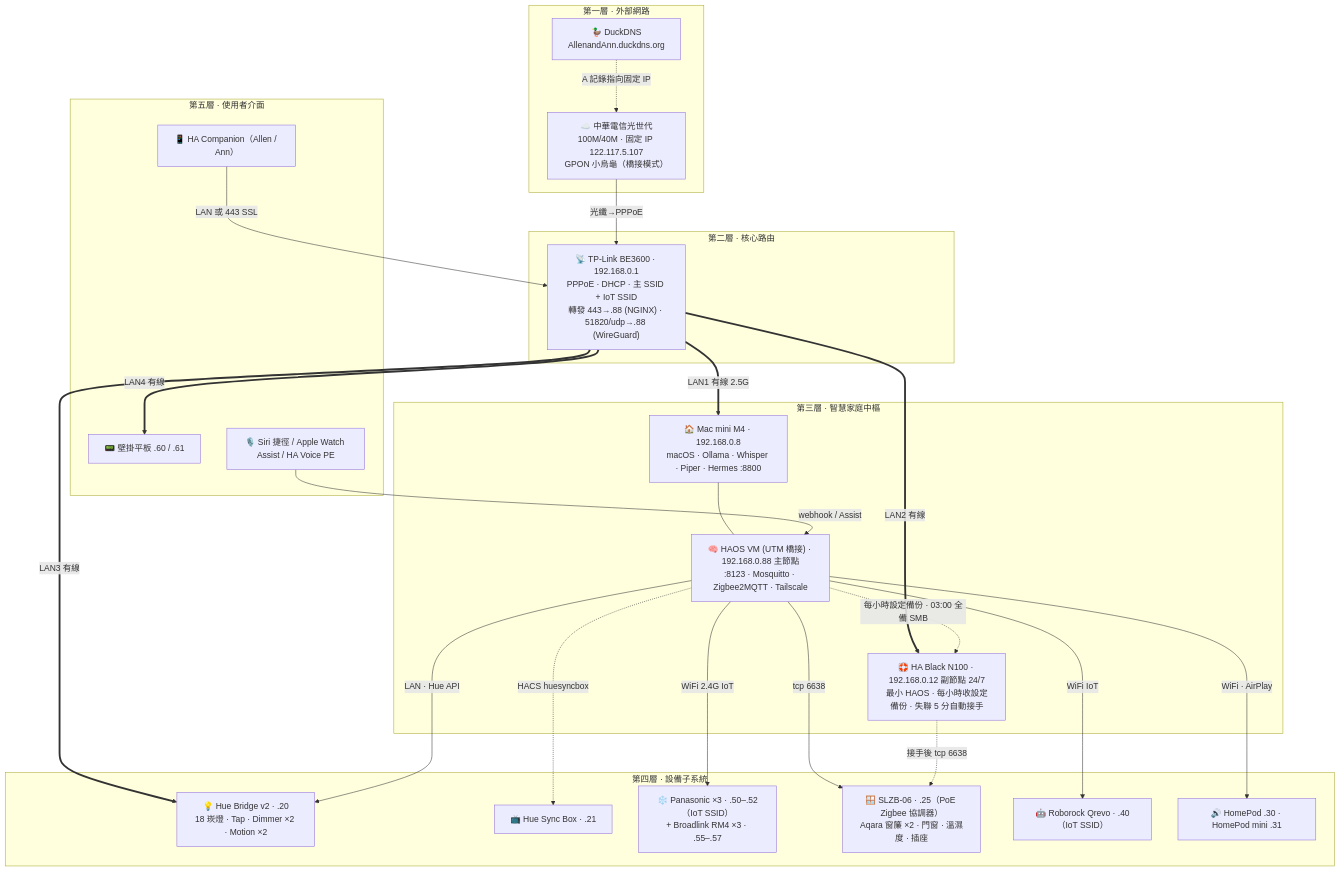
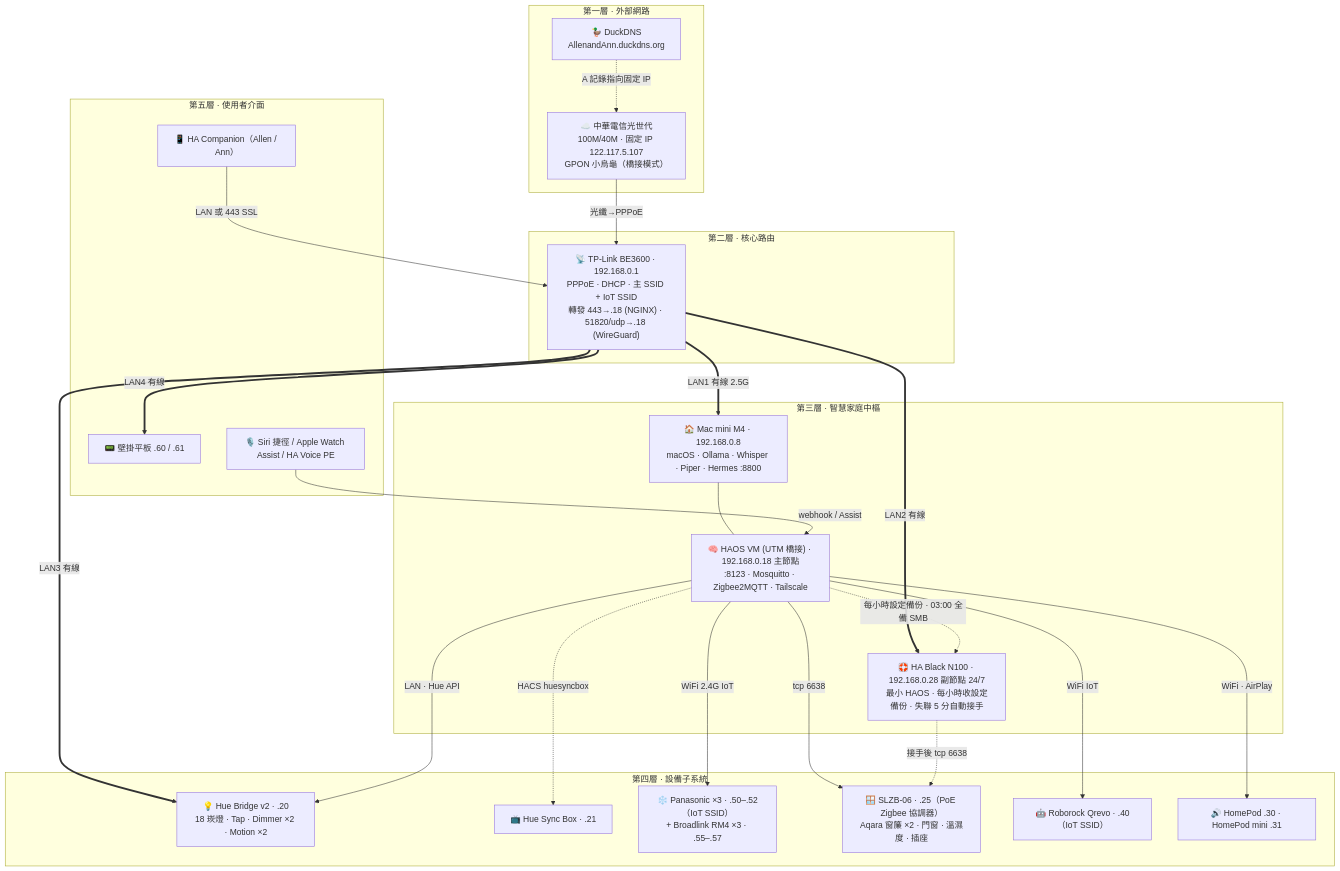
Before and after one commit to allenchen1113official/smarthome: the diagram in docs/SOP/assets/topology.mmd, drawn with Mermaid. The commit also changed 37 other files, not shown here.

First line of the commit message:
v1.6.3：IP 再對實機 — HAOS 主節點 .18、HA Black .28、VIP .88；DHCP 池回 .100–.199；手冊/packages/Hermes/青鳥/LB/拓樸圖/試算表/設計文件同步

```diff
--- a/docs/SOP/assets/topology.mmd
+++ b/docs/SOP/assets/topology.mmd
@@ -1,43 +1,43 @@
 flowchart TB
   subgraph L1["第一層 · 外部網路"]
     CHT["☁️ 中華電信光世代<br/>100M/40M · 固定 IP 122.117.5.107<br/>GPON 小烏龜（橋接模式）"]
     DDNS["🦆 DuckDNS<br/>AllenandAnn.duckdns.org"]
   end
   subgraph L2["第二層 · 核心路由"]
-    RT["📡 TP-Link BE3600 · 192.168.0.1<br/>PPPoE · DHCP · 主 SSID + IoT SSID<br/>轉發 443→.88 (NGINX) · 51820/udp→.88 (WireGuard)"]
+    RT["📡 TP-Link BE3600 · 192.168.0.1<br/>PPPoE · DHCP · 主 SSID + IoT SSID<br/>轉發 443→.18 (NGINX) · 51820/udp→.18 (WireGuard)"]
   end
   subgraph L3["第三層 · 智慧家庭中樞"]
     MAC["🏠 Mac mini M4 · 192.168.0.8<br/>macOS · Ollama · Whisper · Piper · Hermes :8800"]
-    HAOS["🧠 HAOS VM (UTM 橋接) · 192.168.0.88 主節點<br/>:8123 · Mosquitto · Zigbee2MQTT · Tailscale"]
-    BK["🛟 HA Black N100 · 192.168.0.12 副節點 24/7<br/>最小 HAOS · 每小時收設定備份 · 失聯 5 分自動接手"]
+    HAOS["🧠 HAOS VM (UTM 橋接) · 192.168.0.18 主節點<br/>:8123 · Mosquitto · Zigbee2MQTT · Tailscale"]
+    BK["🛟 HA Black N100 · 192.168.0.28 副節點 24/7<br/>最小 HAOS · 每小時收設定備份 · 失聯 5 分自動接手"]
     MAC --- HAOS
   end
   subgraph L4["第四層 · 設備子系統"]
     HUE["💡 Hue Bridge v2 · .20<br/>18 崁燈 · Tap · Dimmer ×2 · Motion ×2"]
     SYNC["📺 Hue Sync Box · .21"]
     AC["❄️ Panasonic ×3 · .50–.52（IoT SSID）<br/>+ Broadlink RM4 ×3 · .55–.57"]
     ZB["🪟 SLZB-06 · .25（PoE Zigbee 協調器）<br/>Aqara 窗簾 ×2 · 門窗 · 溫濕度 · 插座"]
     ROBO["🤖 Roborock Qrevo · .40（IoT SSID）"]
     HP["🔊 HomePod .30 · HomePod mini .31"]
   end
   subgraph L5["第五層 · 使用者介面"]
     APP["📱 HA Companion（Allen / Ann）"]
     TAB["📟 壁掛平板 .60 / .61"]
     VOICE["🎙️ Siri 捷徑 / Apple Watch Assist / HA Voice PE"]
   end
   CHT -->|光纖→PPPoE| RT
   DDNS -.->|A 記錄指向固定 IP| CHT
   RT ==>|LAN1 有線 2.5G| MAC
   RT ==>|LAN2 有線| BK
   RT ==>|LAN3 有線| HUE
   RT ==>|LAN4 有線| TAB
   HAOS -->|WiFi 2.4G IoT| AC
   HAOS -->|tcp 6638| ZB
   BK -.->|接手後 tcp 6638| ZB
   HAOS -->|WiFi IoT| ROBO
   HAOS -->|LAN · Hue API| HUE
   HAOS -->|WiFi · AirPlay| HP
   HAOS -.->|HACS huesyncbox| SYNC
   HAOS -.->|每小時設定備份 · 03:00 全備 SMB| BK
   APP -->|LAN 或 443 SSL| RT
   VOICE -->|webhook / Assist| HAOS
```
